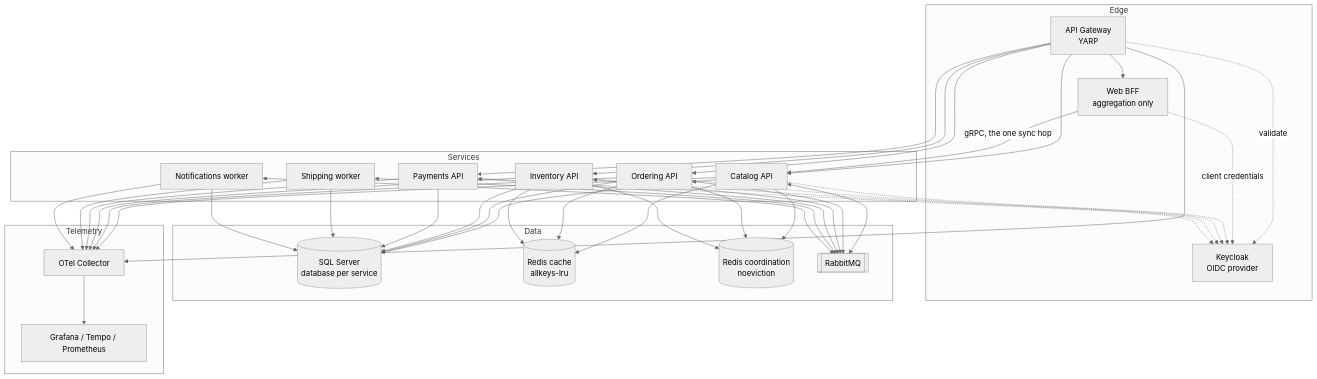
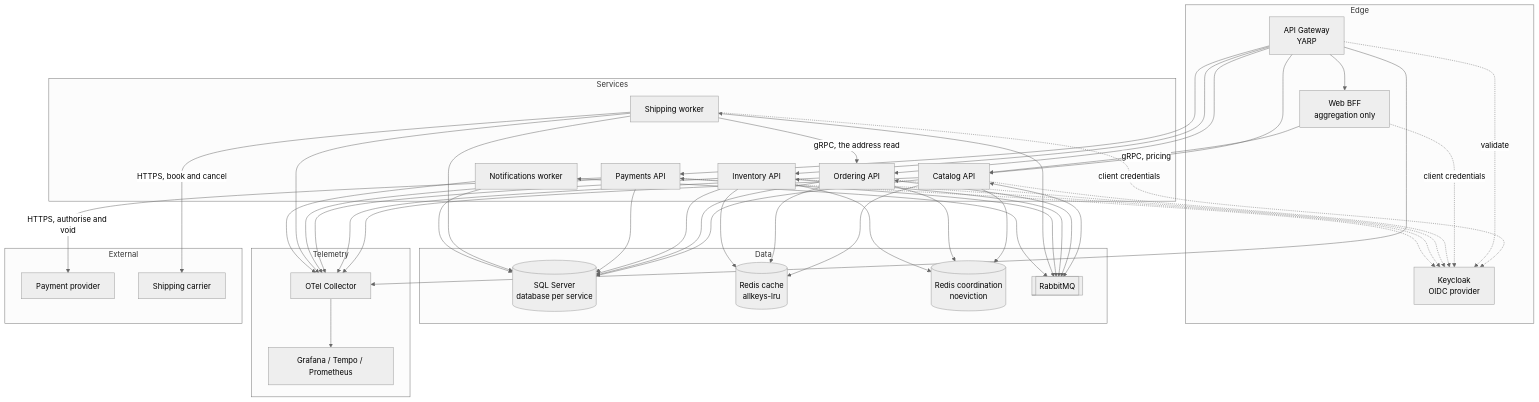
Before and after one commit to alexander-shamray/blueprint-backend: the second of 2 diagrams in docs/backend-architecture/02-architecture-at-a-glance.md, drawn with Mermaid (neutral theme). The commit also changed 8 other files, not shown here.

```diff
--- a/docs/backend-architecture/02-architecture-at-a-glance.md
+++ b/docs/backend-architecture/02-architecture-at-a-glance.md
@@ -53,13 +53,24 @@
         GRAF[Grafana / Tempo / Prometheus]
     end
 
+    subgraph External
+        PSP[Payment provider]
+        CAR[Shipping carrier]
+    end
+
     GW --> CAT
     GW --> ORD
     GW --> INV
     GW --> PAY
     GW --> BFF
 
-    BFF -->|gRPC, the one sync hop| CAT
+    BFF -->|gRPC, pricing| CAT
+
+    SHP -->|gRPC, the address read| ORD
+    SHP -.->|client credentials| IDP
+
+    PAY -->|HTTPS, authorise and void| PSP
+    SHP -->|HTTPS, book and cancel| CAR
 
     GW -.->|validate| IDP
     BFF -.->|client credentials| IDP
```
